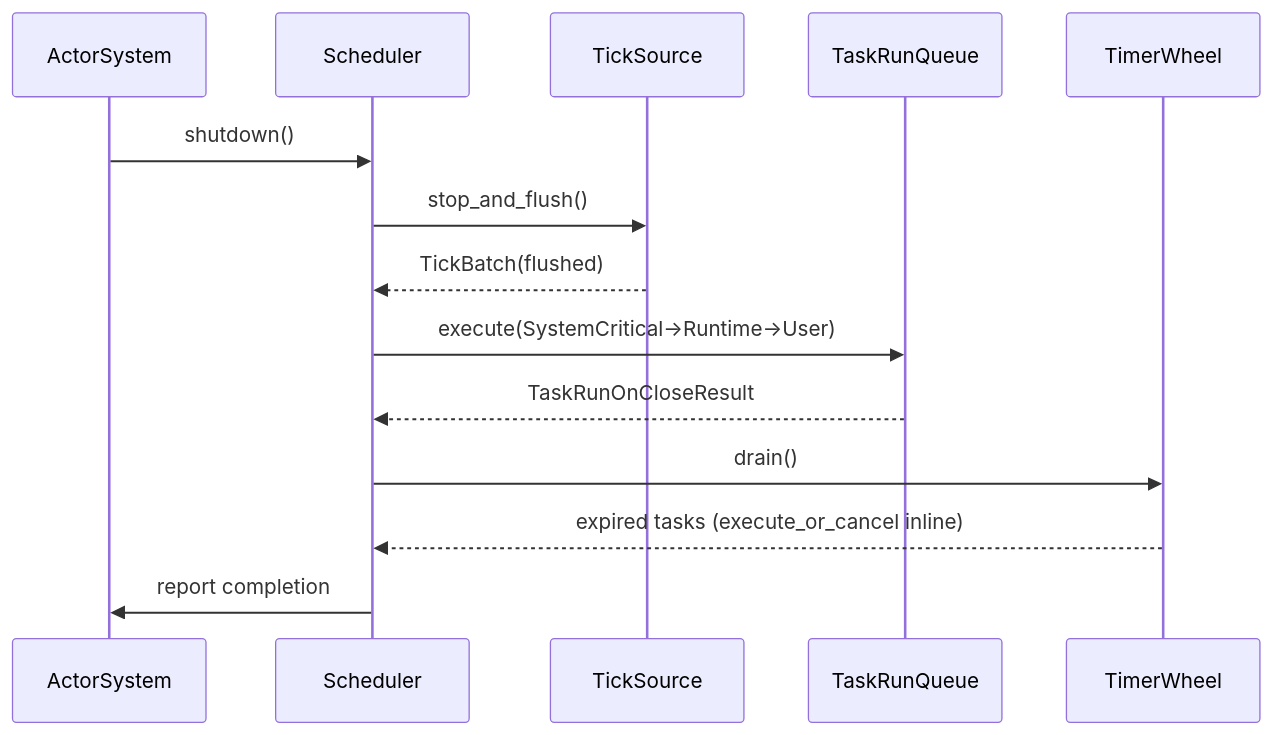
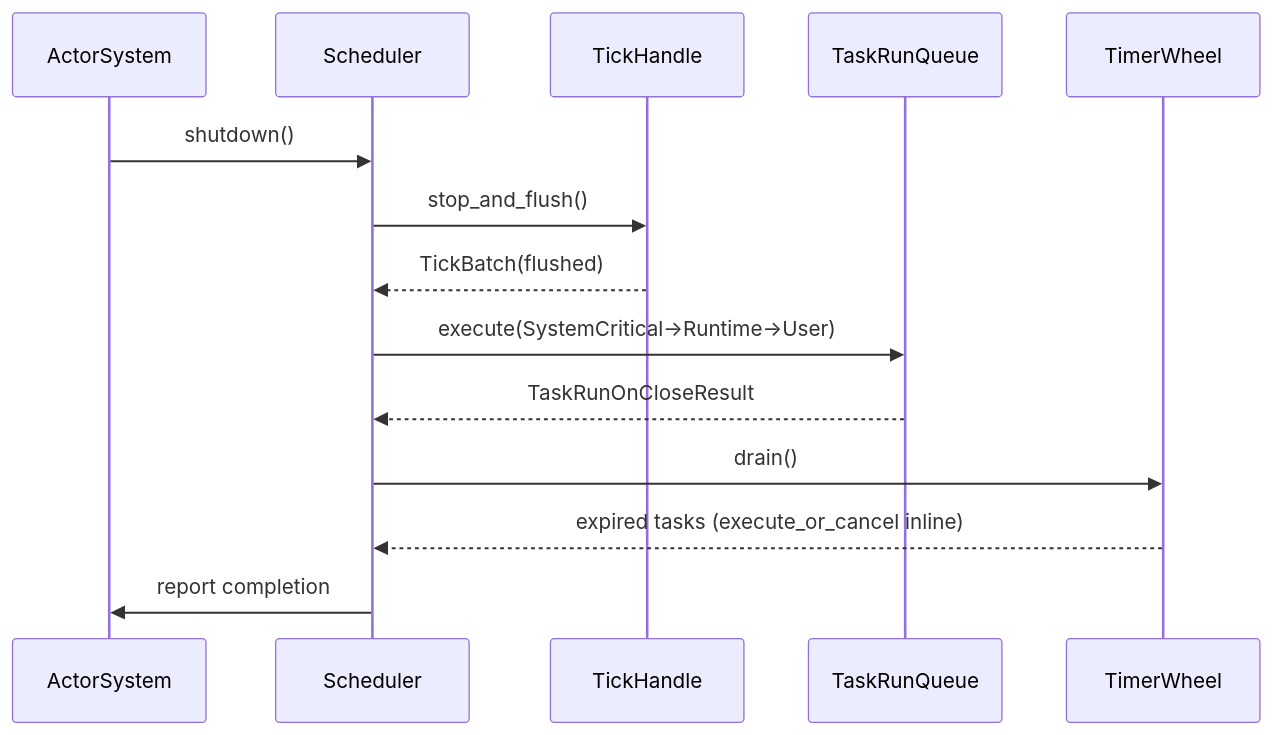
Before and after one commit to j5ik2o/fraktor-rs: the third of 8 diagrams in .kiro/specs/pekko-compatible-scheduler/design.md, drawn with Mermaid. The commit also changed other lines of this file, not shown here.

Commit message:
feat: enhance ToolboxTickSource and Scheduler with SchedulerTickHandle for improved tick management

````diff
--- a/.kiro/specs/pekko-compatible-scheduler/design.md
+++ b/.kiro/specs/pekko-compatible-scheduler/design.md
@@ -130,16 +130,16 @@
 ```mermaid
 sequenceDiagram
   participant ActorSystem
   participant Scheduler
-  participant TickSource
+  participant TickHandle
   participant TaskRunQueue
   participant TimerWheel
   ActorSystem->>Scheduler: shutdown()
-  Scheduler->>TickSource: stop_and_flush()
-  TickSource-->>Scheduler: TickBatch(flushed)
+  Scheduler->>TickHandle: stop_and_flush()
+  TickHandle-->>Scheduler: TickBatch(flushed)
   Scheduler->>TaskRunQueue: execute(SystemCritical→Runtime→User)
   TaskRunQueue-->>Scheduler: TaskRunOnCloseResult
   Scheduler->>TimerWheel: drain()
   TimerWheel-->>Scheduler: expired tasks (execute_or_cancel inline)
   Scheduler->>ActorSystem: report completion
 ```
````
